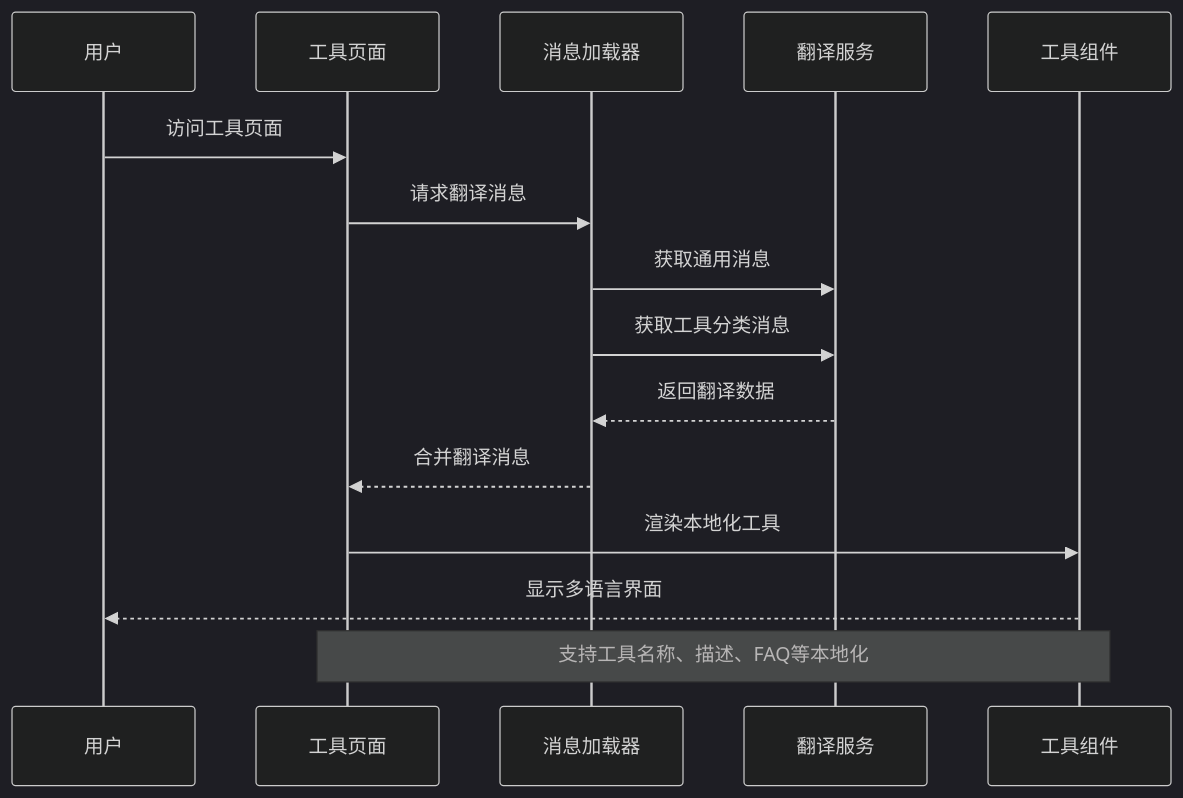
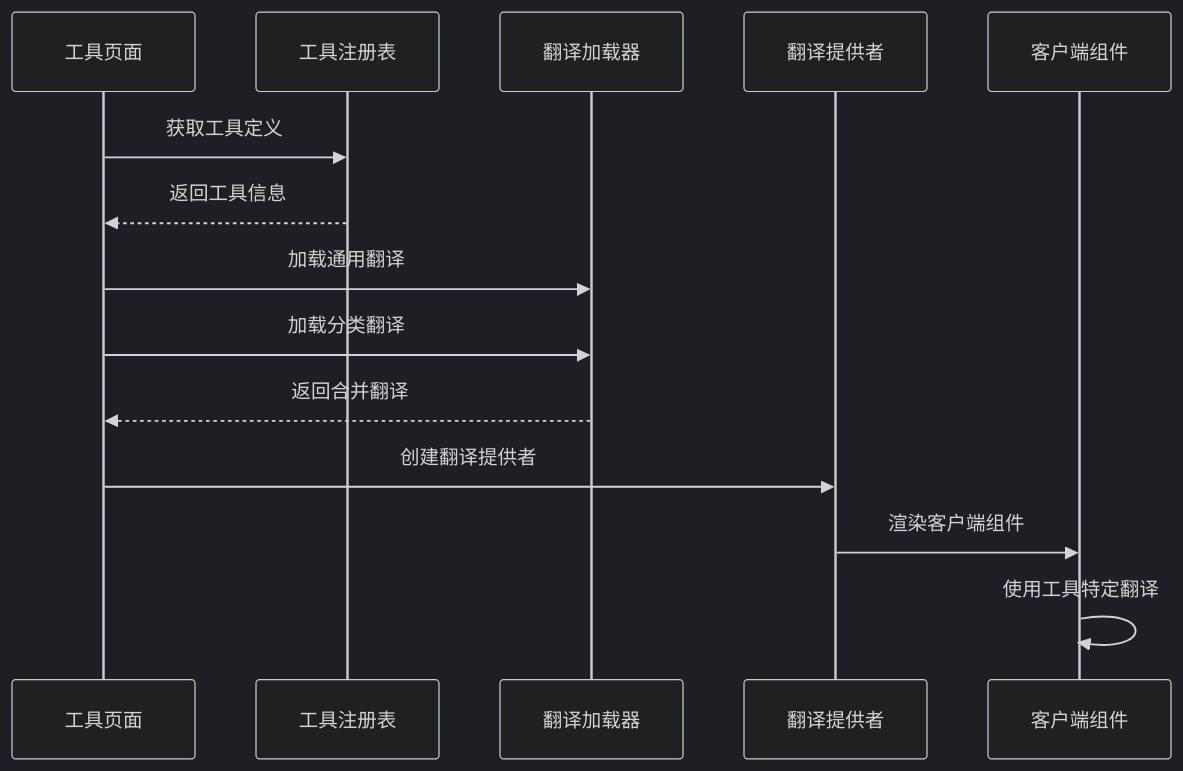
The seventh of 9 diagrams in .qoder/repowiki/zh/content/技术架构/国际化系统.md (sgyy/privadeck), drawn with Mermaid (dark theme) before and after one commit. The commit also changed other lines of this file and 6 other files, not shown here.

````diff
--- a/.qoder/repowiki/zh/content/技术架构/国际化系统.md
+++ b/.qoder/repowiki/zh/content/技术架构/国际化系统.md
@@ -343,17 +302,16 @@
 ```mermaid
 sequenceDiagram
-participant User as 用户
-participant ToolPage as 工具页面
-participant MessageLoader as 消息加载器
-participant Translation as 翻译服务
-participant Component as 工具组件
-User->>ToolPage : 访问工具页面
-ToolPage->>MessageLoader : 请求翻译消息
-MessageLoader->>Translation : 获取通用消息
-MessageLoader->>Translation : 获取工具分类消息
-Translation-->>MessageLoader : 返回翻译数据
-MessageLoader-->>ToolPage : 合并翻译消息
-ToolPage->>Component : 渲染本地化工具
-Component-->>User : 显示多语言界面
-Note over ToolPage,Component : 支持工具名称、描述、FAQ等本地化
+participant Page as 工具页面
+participant Registry as 工具注册表
+participant Loader as 翻译加载器
+participant Provider as 翻译提供者
+participant Client as 客户端组件
+Page->>Registry : 获取工具定义
+Registry-->>Page : 返回工具信息
+Page->>Loader : 加载通用翻译
+Page->>Loader : 加载分类翻译
+Loader-->>Page : 返回合并翻译
+Page->>Provider : 创建翻译提供者
+Provider->>Client : 渲染客户端组件
+Client->>Client : 使用工具特定翻译
 ```
````
